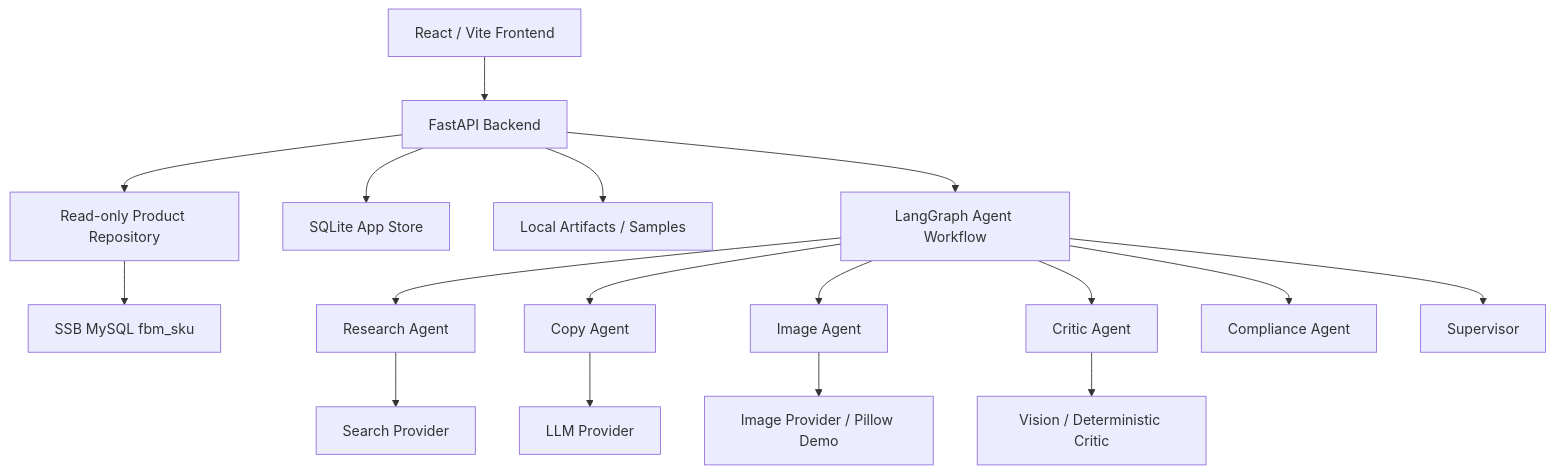
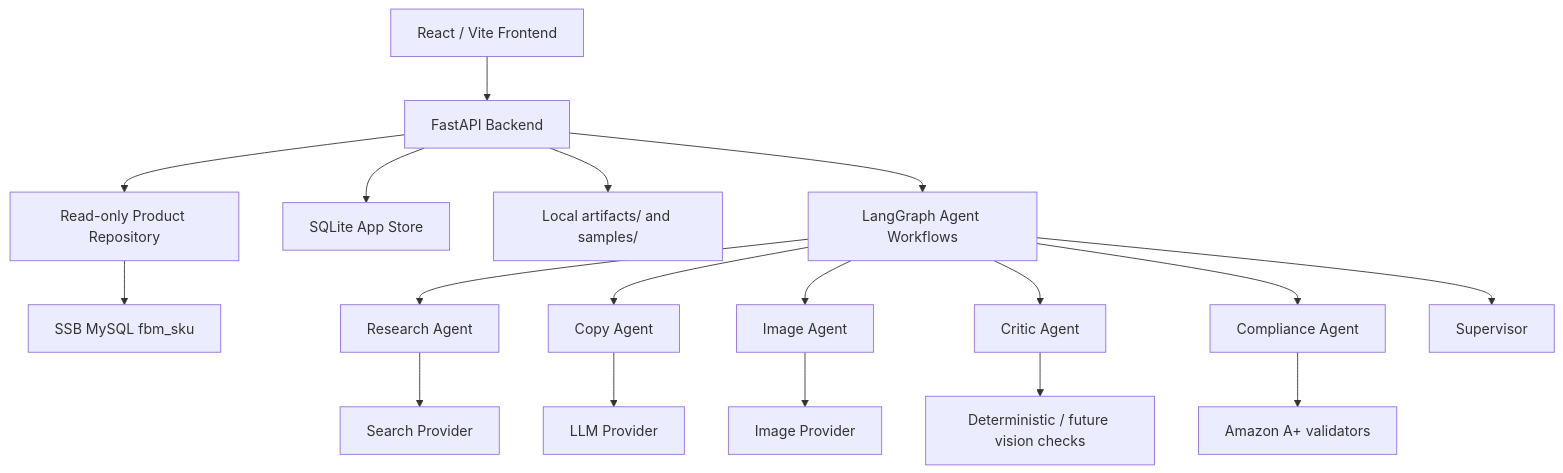
Before and after one commit to dakjdakd/agentic-multipack-combo-studio: the diagram in REPORT.md, drawn with Mermaid. The commit also changed other lines of this file and 41 other files, not shown here.

````diff
--- a/REPORT.md
+++ b/REPORT.md
@@ -11,19 +16,20 @@
 ```mermaid
 flowchart TD
     UI["React / Vite Frontend"] --> API["FastAPI Backend"]
     API --> Repo["Read-only Product Repository"]
     Repo --> MySQL["SSB MySQL fbm_sku"]
     API --> Store["SQLite App Store"]
-    API --> Artifacts["Local Artifacts / Samples"]
-    API --> Graph["LangGraph Agent Workflow"]
+    API --> Artifacts["Local artifacts/ and samples/"]
+    API --> Graph["LangGraph Agent Workflows"]
     Graph --> Research["Research Agent"]
     Graph --> Copy["Copy Agent"]
     Graph --> Image["Image Agent"]
     Graph --> Critic["Critic Agent"]
     Graph --> Compliance["Compliance Agent"]
     Graph --> Supervisor["Supervisor"]
     Research --> Search["Search Provider"]
     Copy --> LLM["LLM Provider"]
-    Image --> Img["Image Provider / Pillow Demo"]
-    Critic --> Vision["Vision / Deterministic Critic"]
+    Image --> Img["Image Provider"]
+    Critic --> Checks["Deterministic / future vision checks"]
+    Compliance --> Rules["Amazon A+ validators"]
 ```
````
